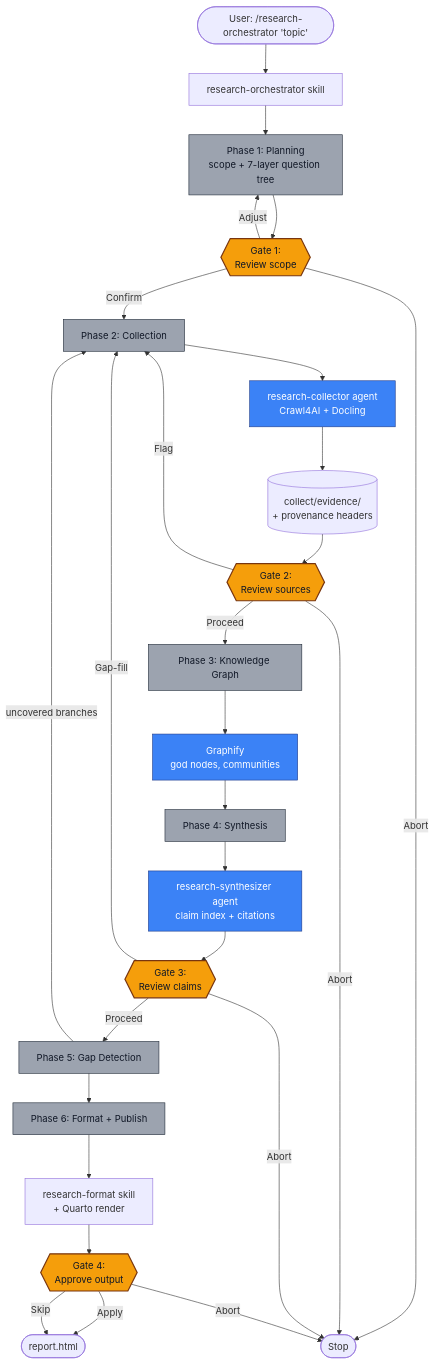
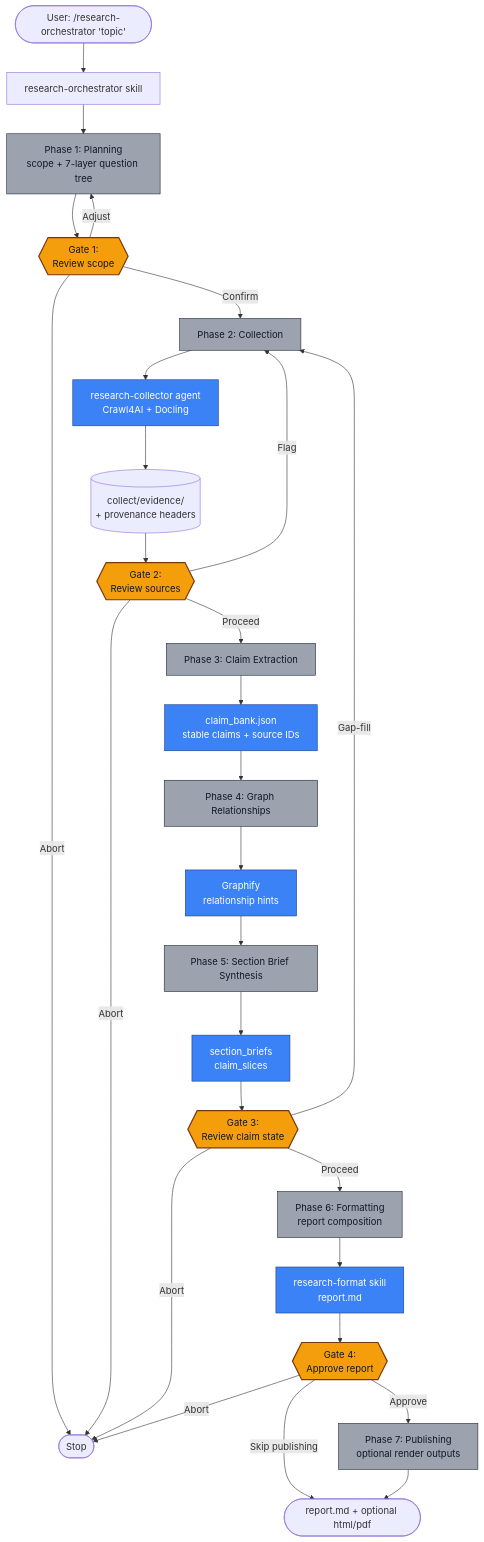
The diagram in README.md (TorpedoD/claude-researcher), drawn with Mermaid before and after one commit. The commit also changed other lines of this file and 63 other files, not shown here.

````diff
--- a/README.md
+++ b/README.md
@@ -124,42 +141,43 @@
 ```mermaid
 flowchart TD
     User([User: /research-orchestrator 'topic']) --> Orch[research-orchestrator skill]
 
     Orch --> P1[Phase 1: Planning<br/>scope + 7-layer question tree]
     P1 --> G1{{Gate 1:<br/>Review scope}}
     G1 -->|Confirm| P2
     G1 -->|Adjust| P1
     G1 -->|Abort| Stop([Stop])
 
     P2[Phase 2: Collection] --> Collector[research-collector agent<br/>Crawl4AI + Docling]
     Collector --> Evidence[(collect/evidence/<br/>+ provenance headers)]
     Evidence --> G2{{Gate 2:<br/>Review sources}}
     G2 -->|Proceed| P3
     G2 -->|Flag| P2
     G2 -->|Abort| Stop
 
-    P3[Phase 3: Knowledge Graph] --> Graphify[Graphify<br/>god nodes, communities]
-    Graphify --> P4
+    P3[Phase 3: Claim Extraction] --> Claims[claim_bank.json<br/>stable claims + source IDs]
+    Claims --> P4
 
-    P4[Phase 4: Synthesis] --> Synth[research-synthesizer agent<br/>claim index + citations]
-    Synth --> G3{{Gate 3:<br/>Review claims}}
-    G3 -->|Proceed| P5
+    P4[Phase 4: Graph Relationships] --> Graphify[Graphify<br/>relationship hints]
+    Graphify --> P5
+
+    P5[Phase 5: Section Brief Synthesis] --> Briefs[section_briefs<br/>claim_slices]
+    Briefs --> G3{{Gate 3:<br/>Review claim state}}
+    G3 -->|Proceed| P6
     G3 -->|Gap-fill| P2
     G3 -->|Abort| Stop
 
-    P5[Phase 5: Gap Detection] -->|uncovered branches| P2
-    P5 --> P6
-
-    P6[Phase 6: Format + Publish] --> Format[research-format skill<br/>+ Quarto render]
-    Format --> G4{{Gate 4:<br/>Approve output}}
-    G4 -->|Apply| Done([report.html])
-    G4 -->|Skip| Done
+    P6[Phase 6: Formatting<br/>report composition] --> Format[research-format skill<br/>report.md]
+    Format --> G4{{Gate 4:<br/>Approve report}}
+    G4 -->|Approve| P7[Phase 7: Publishing<br/>optional render outputs]
+    G4 -->|Skip publishing| Done([report.md])
     G4 -->|Abort| Stop
+    P7 --> Done([report.md + optional html/pdf])
 
     classDef gate fill:#f59e0b,stroke:#78350f,stroke-width:2px,color:#111827
     classDef agent fill:#3b82f6,stroke:#1e3a8a,stroke-width:1px,color:#ffffff
     classDef phase fill:#9ca3af,stroke:#1f2937,stroke-width:1px,color:#111827
     class G1,G2,G3,G4 gate
-    class Collector,Synth,Graphify agent
-    class P1,P2,P3,P4,P5,P6 phase
+    class Collector,Claims,Graphify,Briefs,Format agent
+    class P1,P2,P3,P4,P5,P6,P7 phase
 ```
````
